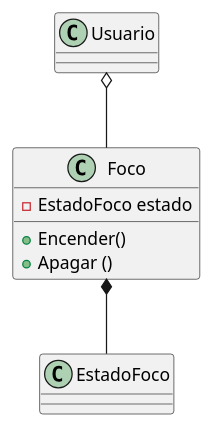
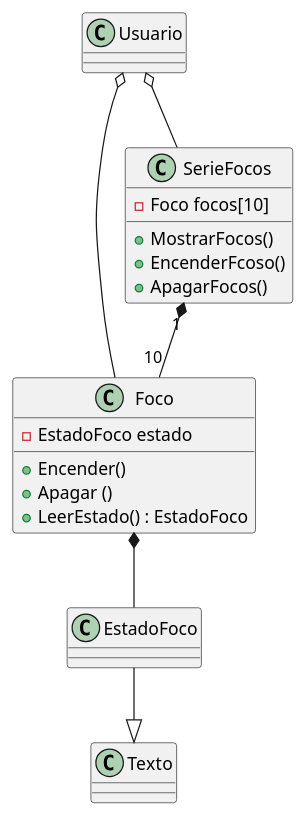
The diagram in docs/foco.puml (EstebanMezzzzza/3F261-SegundoParcial), drawn with PlantUML before and after one commit. The commit also changed 4 other files, not shown here.

```diff
--- a/docs/foco.puml
+++ b/docs/foco.puml
@@ -1,16 +1,26 @@
 @startuml Foco
 
 class Usuario
 
 class Foco{
 - EstadoFoco estado
 + Encender()
 + Apagar ()
++ LeerEstado() : EstadoFoco
 }
 
 class EstadoFoco
+class SerieFocos{
+    - Foco focos[10]
+    + MostrarFocos()
+    + EncenderFcoso()
+    + ApagarFocos()
+}
 
 Usuario o-- Foco
 Foco *-- EstadoFoco
+SerieFocos "1" *-- "10" Foco
+EstadoFoco --|> Texto 
+Usuario o-- SerieFocos
 
 @endluml
```
